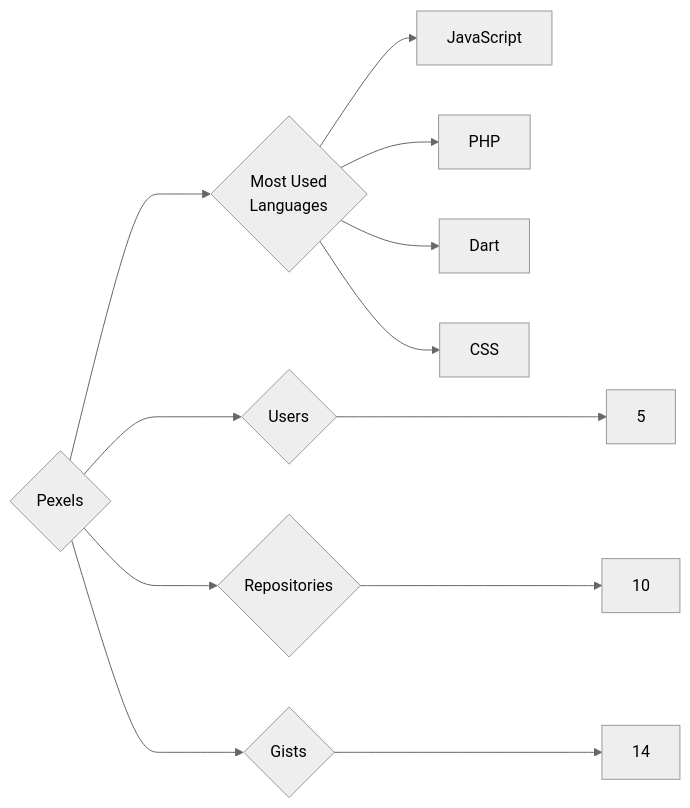
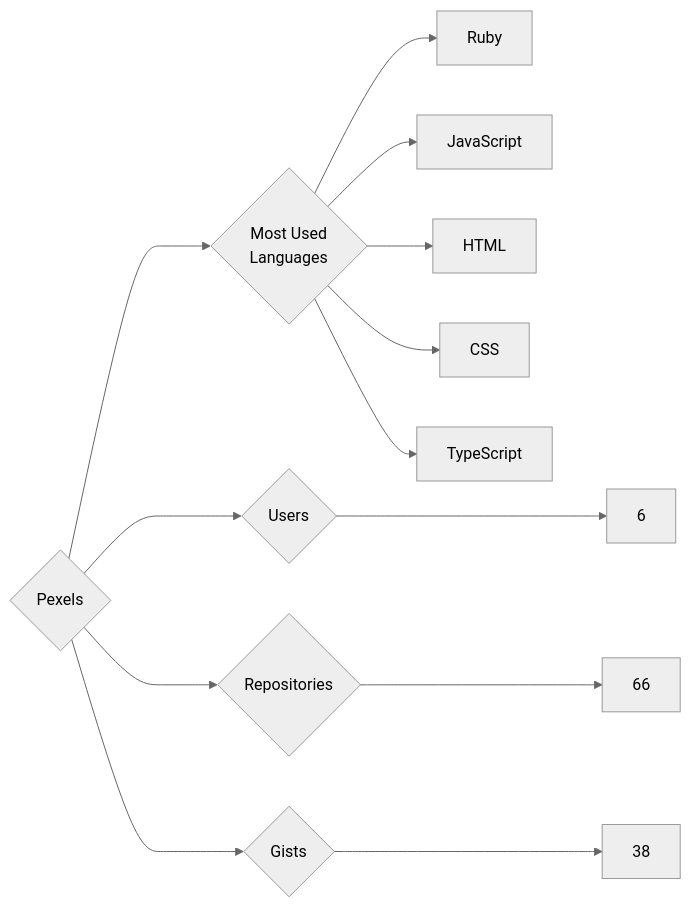
The diagram in targets/Pexels/README.md (trickest/insiders), drawn with Mermaid (neutral theme) before and after one commit. The commit also changed 877 other files, not shown here.

````diff
--- a/targets/Pexels/README.md
+++ b/targets/Pexels/README.md
@@ -3,12 +3,13 @@
 ```mermaid
 graph LR
 COMPANY_NAME{Pexels}
-COMPANY_NAME ---> U{Users} ---> UN[5]
-COMPANY_NAME ---> R{Repositories} ---> RN[10]
-COMPANY_NAME ---> G{Gists} ---> GN[14]
+COMPANY_NAME ---> U{Users} ---> UN[6]
+COMPANY_NAME ---> R{Repositories} ---> RN[66]
+COMPANY_NAME ---> G{Gists} ---> GN[38]
 COMPANY_NAME ---> ML{Most Used<br>Languages}
+ML --> Ruby[Ruby]
 ML --> JavaScript[JavaScript]
-ML --> PHP[PHP]
-ML --> Dart[Dart]
+ML --> HTML[HTML]
 ML --> CSS[CSS]
+ML --> TypeScript[TypeScript]
 ```
````
